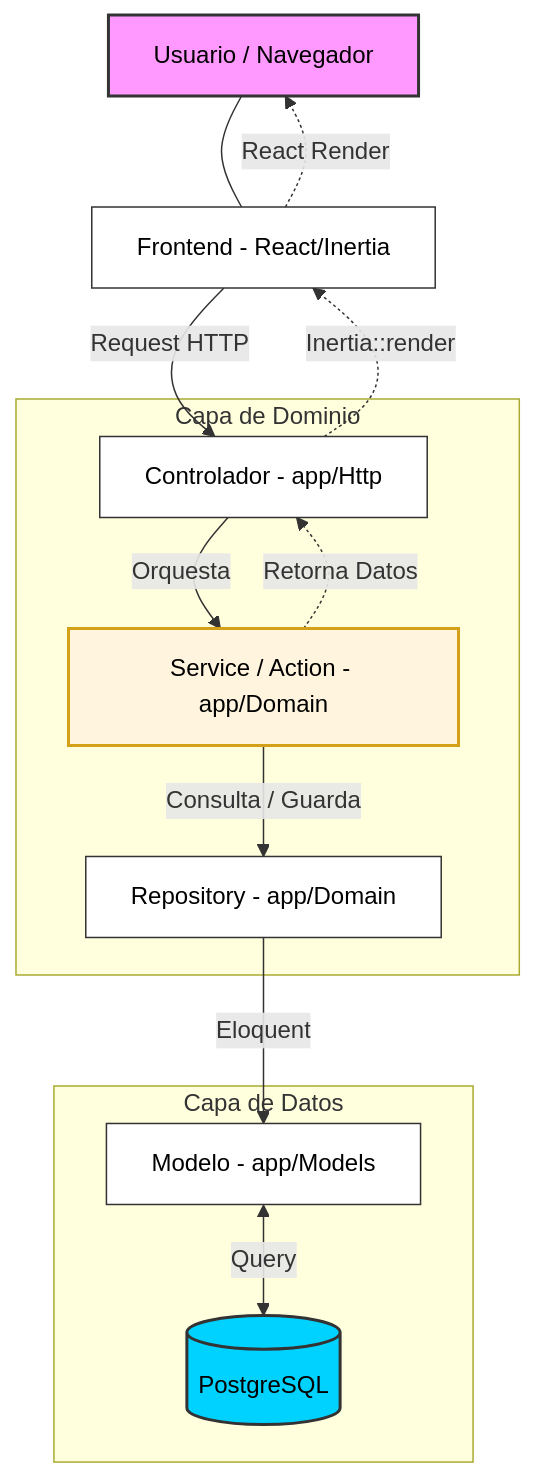
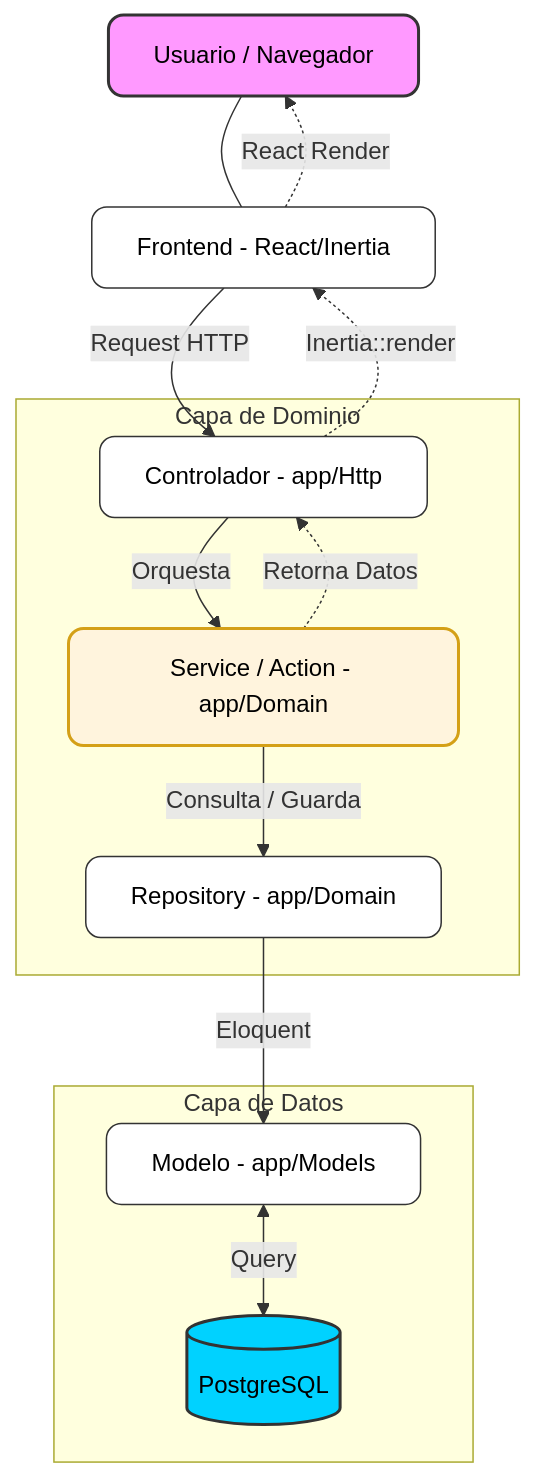
The diagram in docs/project/ARCHITECTURE_OVERVIEW.md (joangriful/MiKiwi), drawn with Mermaid before and after one commit. The commit also changed 1 other file, not shown here.

Commit message:
docs: modernize Mermaid diagrams with rounded corners

````diff
--- a/docs/project/ARCHITECTURE_OVERVIEW.md
+++ b/docs/project/ARCHITECTURE_OVERVIEW.md
@@ -11,27 +11,27 @@
 ```mermaid
 graph TD
     A[Usuario / Navegador] --- B[Frontend - React/Inertia]
     B -->|Request HTTP| C[Controlador - app/Http]
     
     subgraph "Capa de Dominio"
         C -->|Orquesta| D[Service / Action - app/Domain]
         D -->|Consulta / Guarda| E[Repository - app/Domain]
     end
     
     subgraph "Capa de Datos"
         E -->|Eloquent| F[Modelo - app/Models]
         F <-->|Query| G[(PostgreSQL)]
     end
     
     D -.->|Retorna Datos| C
     C -.->|Inertia::render| B
     B -.->|React Render| A
 
-    style A fill:#f9f,stroke:#333,stroke-width:2px,color:#000
-    style B fill:#fff,stroke:#333,stroke-width:1px,color:#000
-    style C fill:#fff,stroke:#333,stroke-width:1px,color:#000
-    style D fill:#fff4dd,stroke:#d4a017,stroke-width:2px,color:#000
-    style E fill:#fff,stroke:#333,stroke-width:1px,color:#000
-    style F fill:#fff,stroke:#333,stroke-width:1px,color:#000
-    style G fill:#00d2ff,stroke:#333,stroke-width:2px,color:#000
+    style A fill:#f9f,stroke:#333,stroke-width:2px,color:#000,rx:10,ry:10
+    style B fill:#fff,stroke:#333,stroke-width:1px,color:#000,rx:10,ry:10
+    style C fill:#fff,stroke:#333,stroke-width:1px,color:#000,rx:10,ry:10
+    style D fill:#fff4dd,stroke:#d4a017,stroke-width:2px,color:#000,rx:10,ry:10
+    style E fill:#fff,stroke:#333,stroke-width:1px,color:#000,rx:10,ry:10
+    style F fill:#fff,stroke:#333,stroke-width:1px,color:#000,rx:10,ry:10
+    style G fill:#00d2ff,stroke:#333,stroke-width:2px,color:#000,rx:10,ry:10
 ```
````
